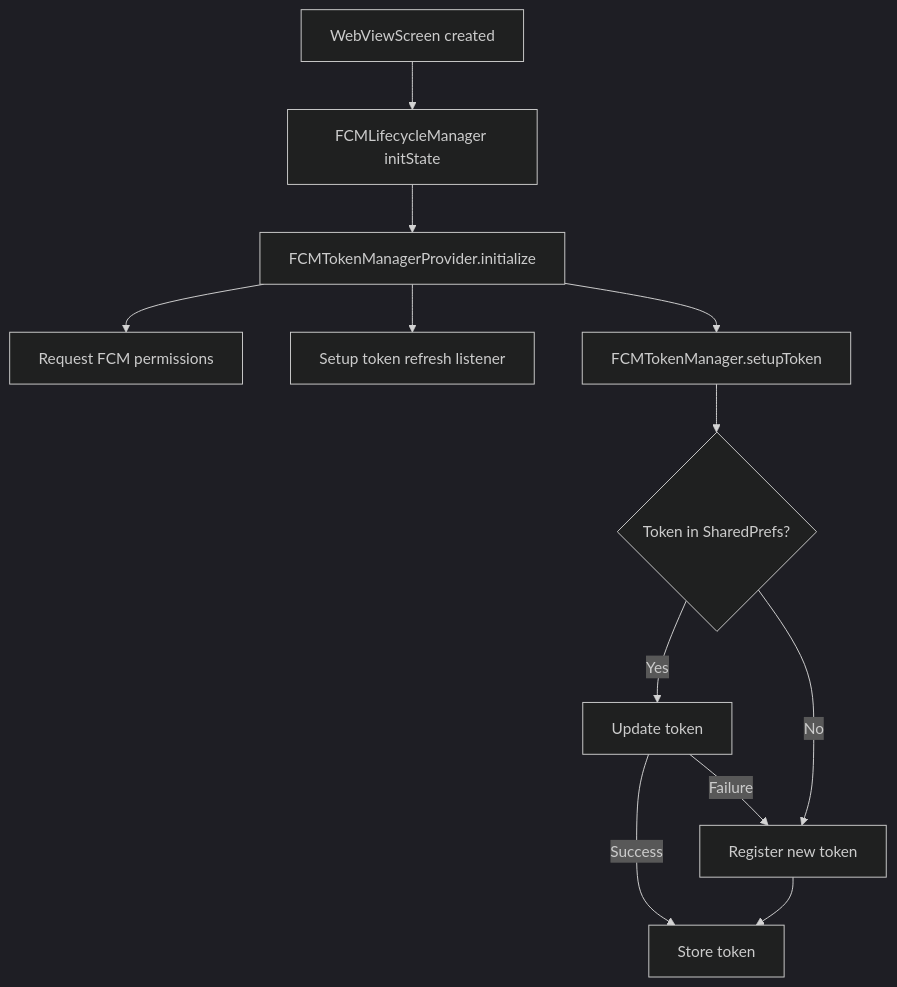
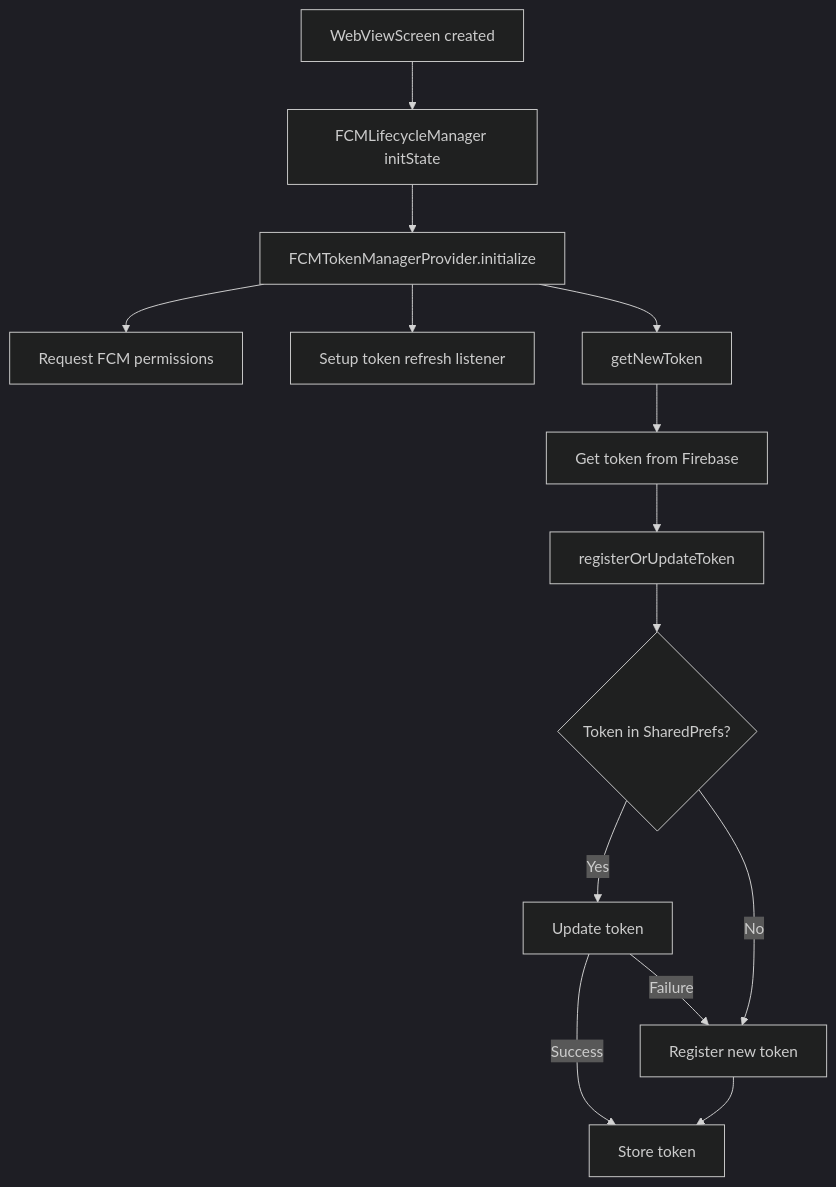
Before and after one commit to codasite/bmb-rails: the first of 4 diagrams in bmb_mobile/notifications_plan.md, drawn with Mermaid (dark theme). The commit also changed other lines of this file and 3 other files, not shown here.

````diff
--- a/bmb_mobile/notifications_plan.md
+++ b/bmb_mobile/notifications_plan.md
@@ -177,14 +177,16 @@
 ```mermaid
 flowchart TD
     A[WebViewScreen created] --> B[FCMLifecycleManager initState]
     B --> C[FCMTokenManagerProvider.initialize]
     C --> D[Request FCM permissions]
     C --> E[Setup token refresh listener]
-    C --> F[FCMTokenManager.setupToken]
-    F --> G{Token in SharedPrefs?}
-    G -->|Yes| H[Update token]
-    G -->|No| I[Register new token]
-    H -->|Success| J[Store token]
-    H -->|Failure| I
-    I --> J
+    C --> F[getNewToken]
+    F --> G[Get token from Firebase]
+    G --> H[registerOrUpdateToken]
+    H --> I{Token in SharedPrefs?}
+    I -->|Yes| J[Update token]
+    I -->|No| K[Register new token]
+    J -->|Success| L[Store token]
+    J -->|Failure| K
+    K --> L
 ```
````
